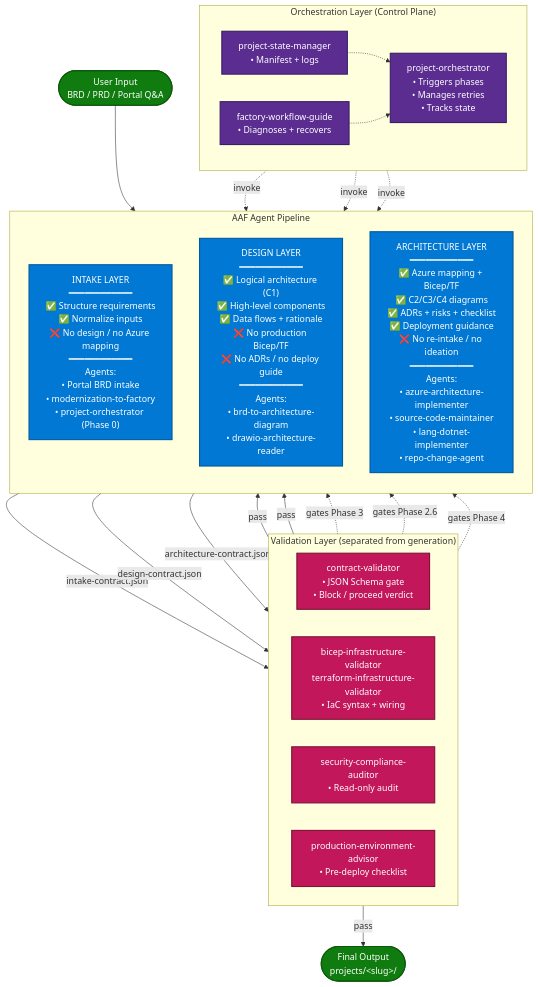
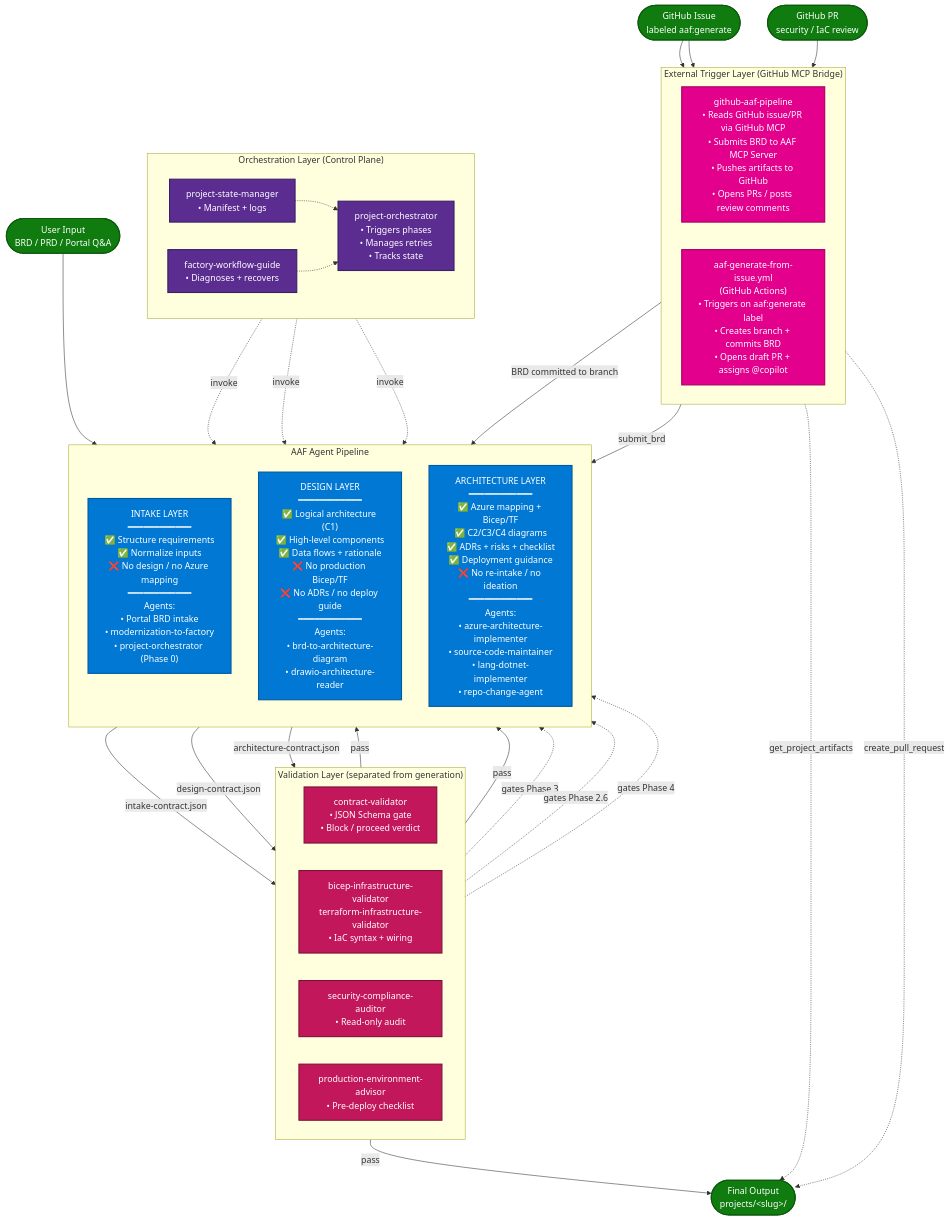
One commit to fbabaei/azure-architecture-factory changed the diagram in docs/AAF_AGENT_SCOPING.md. Above: the diagram before and after it, drawn with Mermaid. The commit also changed other lines of this file and 1 other file, not shown here.

Commit message:
docs(ontology): update ontology models and scoping diagram for GitHub MCP integration

````diff
--- a/docs/AAF_AGENT_SCOPING.md
+++ b/docs/AAF_AGENT_SCOPING.md
@@ -25,59 +27,76 @@
 ```mermaid
 flowchart TB
     User([User Input<br/>BRD / PRD / Portal Q&A])
+    GitHubIssue([GitHub Issue<br/>labeled aaf:generate])
+    GitHubPR([GitHub PR<br/>security / IaC review])
+
+    subgraph ExternalTrigger["External Trigger Layer (GitHub MCP Bridge)"]
+        direction LR
+        GHPipeline["github-aaf-pipeline\n• Reads GitHub issue/PR via GitHub MCP\n• Submits BRD to AAF MCP Server\n• Pushes artifacts to GitHub\n• Opens PRs / posts review comments"]
+        GHAction["aaf-generate-from-issue.yml\n(GitHub Actions)\n• Triggers on aaf:generate label\n• Creates branch + commits BRD\n• Opens draft PR + assigns @copilot"]
+    end
 
     subgraph Control["Orchestration Layer (Control Plane)"]
         direction LR
         Orch["project-orchestrator<br/>• Triggers phases<br/>• Manages retries<br/>• Tracks state"]
         State["project-state-manager<br/>• Manifest + logs"]
         Guide["factory-workflow-guide<br/>• Diagnoses + recovers"]
     end
 
     subgraph Validation["Validation Layer (separated from generation)"]
         direction LR
         ContractVal["contract-validator<br/>• JSON Schema gate<br/>• Block / proceed verdict"]
         IacVal["bicep-infrastructure-validator<br/>terraform-infrastructure-validator<br/>• IaC syntax + wiring"]
         SecVal["security-compliance-auditor<br/>• Read-only audit"]
         ProdVal["production-environment-advisor<br/>• Pre-deploy checklist"]
     end
 
     subgraph Pipeline["AAF Agent Pipeline"]
         direction TB
 
         Intake["INTAKE LAYER<br/>━━━━━━━━━━━━<br/>✅ Structure requirements<br/>✅ Normalize inputs<br/>❌ No design / no Azure mapping<br/>━━━━━━━━━━━━<br/>Agents:<br/>• Portal BRD intake<br/>• modernization-to-factory<br/>• project-orchestrator (Phase 0)"]
 
         Design["DESIGN LAYER<br/>━━━━━━━━━━━━<br/>✅ Logical architecture (C1)<br/>✅ High-level components<br/>✅ Data flows + rationale<br/>❌ No production Bicep/TF<br/>❌ No ADRs / no deploy guide<br/>━━━━━━━━━━━━<br/>Agents:<br/>• brd-to-architecture-diagram<br/>• drawio-architecture-reader"]
 
         Arch["ARCHITECTURE LAYER<br/>━━━━━━━━━━━━<br/>✅ Azure mapping + Bicep/TF<br/>✅ C2/C3/C4 diagrams<br/>✅ ADRs + risks + checklist<br/>✅ Deployment guidance<br/>❌ No re-intake / no ideation<br/>━━━━━━━━━━━━<br/>Agents:<br/>• azure-architecture-implementer<br/>• source-code-maintainer<br/>• lang-dotnet-implementer<br/>• repo-change-agent"]
     end
 
     Output([Final Output<br/>projects/&lt;slug&gt;/])
 
     User --> Intake
+    GitHubIssue --> GHAction
+    GitHubIssue --> GHPipeline
+    GitHubPR --> GHPipeline
+    GHAction -->|"BRD committed to branch"| Intake
+    GHPipeline -->|"submit_brd"| Intake
     Intake -->|"intake-contract.json"| ContractVal
     ContractVal -->|"pass"| Design
     Design -->|"design-contract.json"| ContractVal
     ContractVal -->|"pass"| Arch
     Arch -->|"architecture-contract.json"| ContractVal
     ContractVal -->|"pass"| Output
 
     Orch -.->|invoke| Intake
     Orch -.->|invoke| Design
     Orch -.->|invoke| Arch
     State -.-> Orch
     Guide -.-> Orch
+    GHPipeline -.->|"get_project_artifacts"| Output
+    GHPipeline -.->|"create_pull_request"| Output
 
     IacVal -.->|gates Phase 3| Arch
     SecVal -.->|gates Phase 2.6| Arch
     ProdVal -.->|gates Phase 4| Arch
 
     classDef agent fill:#0078D4,stroke:#005A9E,color:#fff,stroke-width:2px
     classDef control fill:#5C2D91,stroke:#3B1F66,color:#fff,stroke-width:2px
     classDef val fill:#C2185B,stroke:#7B1336,color:#fff,stroke-width:2px
     classDef io fill:#107C10,stroke:#0B5A0B,color:#fff,stroke-width:2px
+    classDef ext fill:#E3008C,stroke:#A40062,color:#fff,stroke-width:2px
 
     class Intake,Design,Arch agent
     class Orch,State,Guide control
     class ContractVal,IacVal,SecVal,ProdVal val
-    class User,Output io
+    class User,Output,GitHubIssue,GitHubPR io
+    class GHPipeline,GHAction ext
 ```
````
